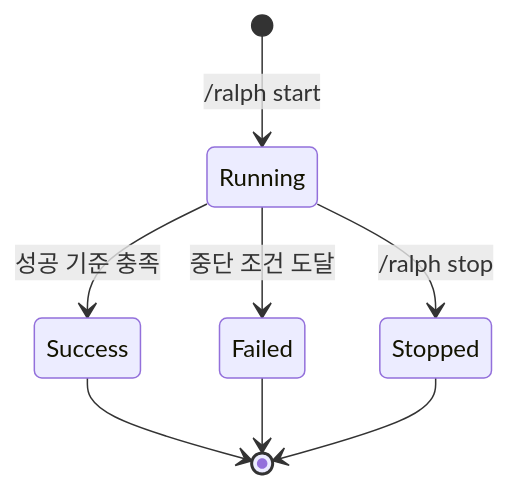
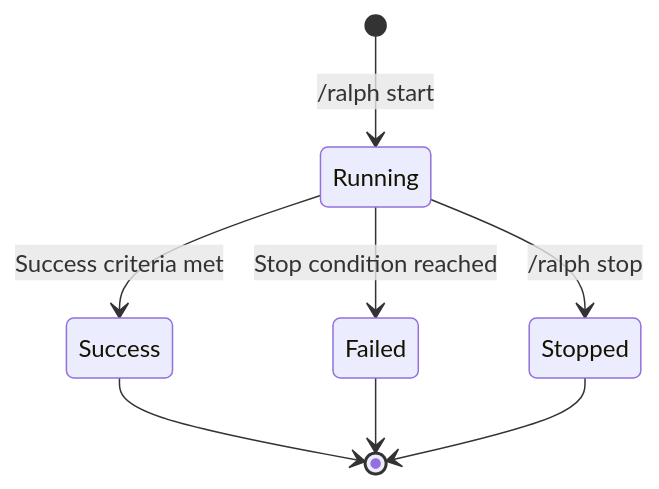
Before and after one commit to yeochul-jeon/ralph-mem: the second of 2 diagrams in docs/design/ralph-loop.md, drawn with Mermaid. The commit also changed other lines of this file and 26 other files, not shown here.

````diff
--- a/docs/design/ralph-loop.md
+++ b/docs/design/ralph-loop.md
@@ -107,10 +109,10 @@
 ```mermaid
 stateDiagram-v2
     [*] --> Running: /ralph start
-    Running --> Success: 성공 기준 충족
-    Running --> Failed: 중단 조건 도달
+    Running --> Success: Success criteria met
+    Running --> Failed: Stop condition reached
     Running --> Stopped: /ralph stop
     Success --> [*]
     Failed --> [*]
     Stopped --> [*]
 ```
````
